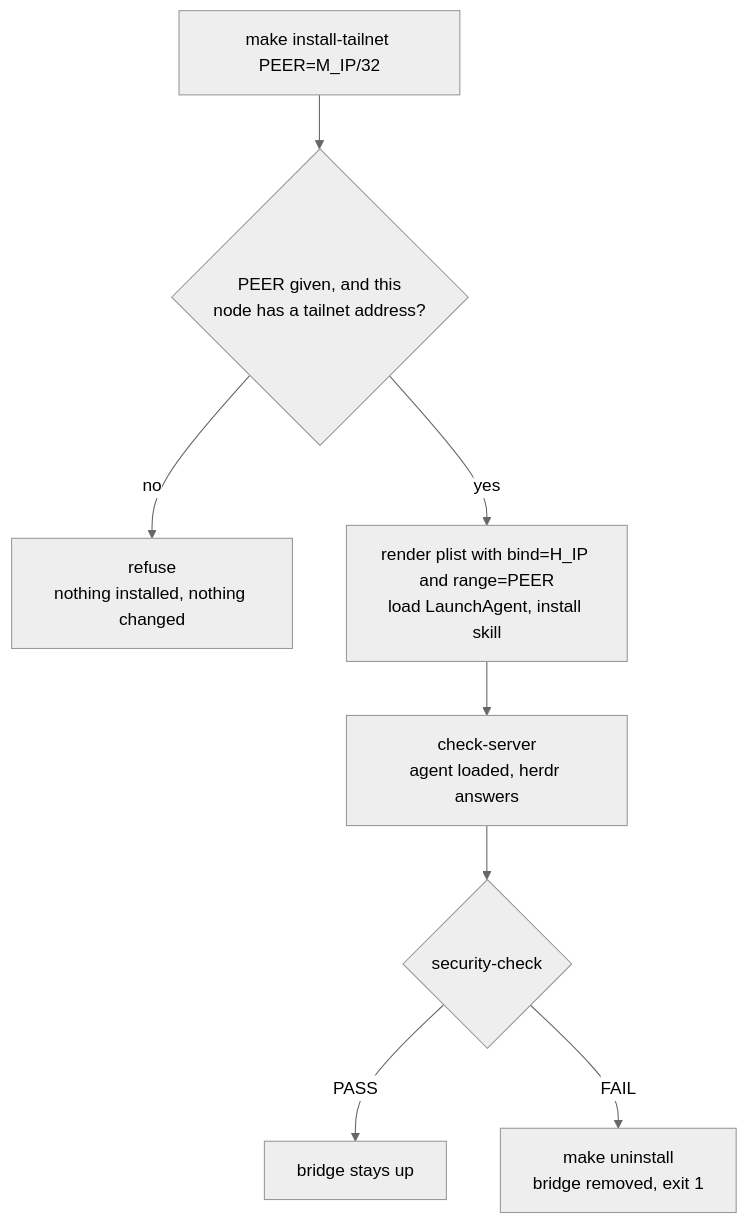
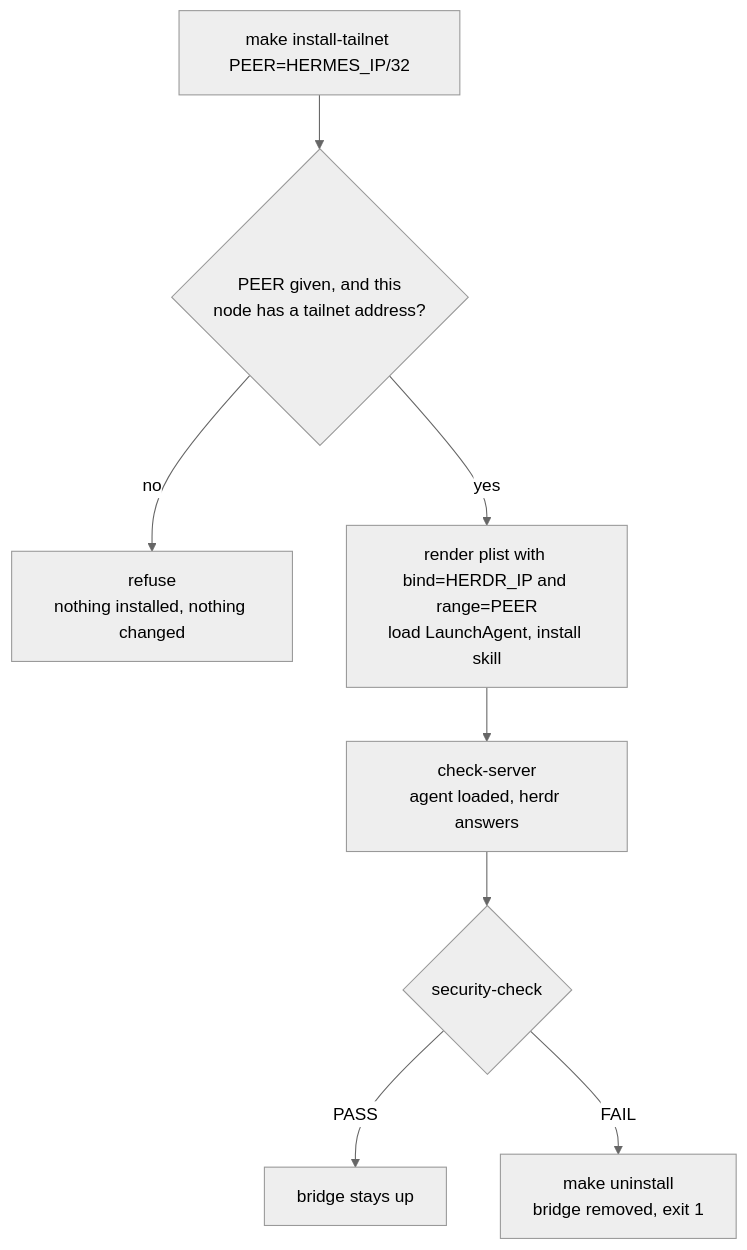
One commit to scaryPonens/hermes-herdr-bridge changed the third of 3 diagrams in README.md. Above: the diagram before and after it, drawn with Mermaid (neutral theme). The commit also changed other lines of this file, not shown here.

````diff
--- a/README.md
+++ b/README.md
@@ -153,10 +153,10 @@
 ```mermaid
 flowchart TD
-  A["make install-tailnet PEER=M_IP/32"] --> B{"PEER given, and this<br/>node has a tailnet address?"}
+  A["make install-tailnet PEER=HERMES_IP/32"] --> B{"PEER given, and this<br/>node has a tailnet address?"}
   B -->|"no"| X["refuse<br/>nothing installed, nothing changed"]
-  B -->|"yes"| C["render plist with bind=H_IP and range=PEER<br/>load LaunchAgent, install skill"]
+  B -->|"yes"| C["render plist with bind=HERDR_IP and range=PEER<br/>load LaunchAgent, install skill"]
   C --> D["check-server<br/>agent loaded, herdr answers"]
   D --> E{"security-check"}
   E -->|"PASS"| F["bridge stays up"]
   E -->|"FAIL"| G["make uninstall<br/>bridge removed, exit 1"]
 ```
````
